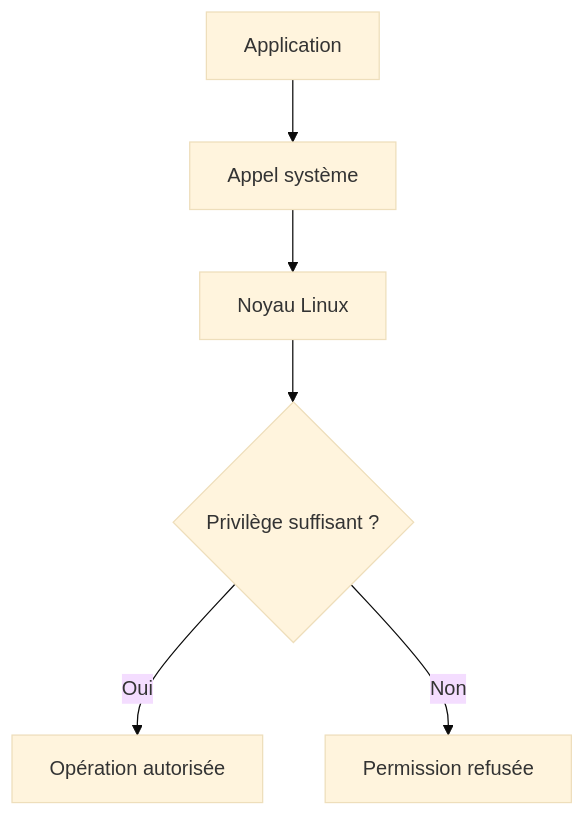
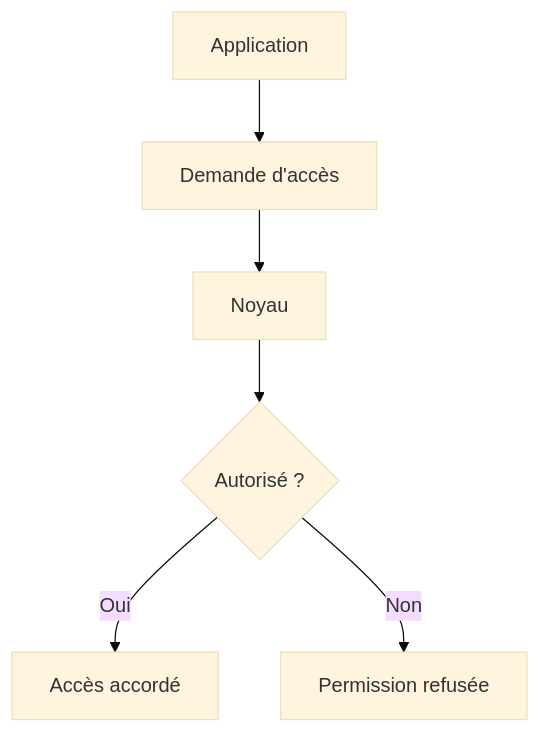
One commit to tdelaclos/formations changed the second of 16 diagrams in campagne 1/1.3.md. Above: the diagram before and after it, drawn with Mermaid (base theme). The commit also changed other lines of this file, not shown here.

````diff
--- a/campagne 1/1.3.md
+++ b/campagne 1/1.3.md
@@ -98,21 +143,21 @@
 ```mermaid
 flowchart TD
 
 A["Application"]
 
-B["Appel système"]
+B["Demande d'accès"]
 
-C["Noyau Linux"]
+C["Noyau"]
 
-D{"Privilège suffisant ?"}
+D{"Autorisé ?"}
 
-E["Opération autorisée"]
+E["Accès accordé"]
 
 F["Permission refusée"]
 
 A --> B
 B --> C
 C --> D
 D -->|Oui| E
 D -->|Non| F
 ```
````
